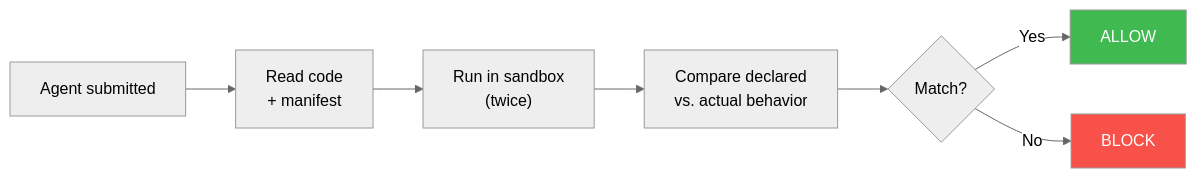
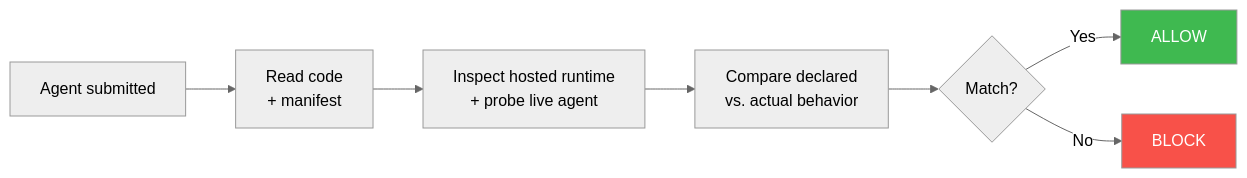
Before and after one commit to Elliot-Sones/AgentGate: the diagram in README.md, drawn with Mermaid (neutral theme). The commit also changed other lines of this file and 95 other files, not shown here.

Commit message:
Replace local Docker sandbox with hosted Railway runtime for agent trust scanning

````diff
--- a/README.md
+++ b/README.md
@@ -71,12 +135,12 @@
 ```mermaid
 flowchart LR
     A["Agent submitted"] --> B["Read code\n+ manifest"]
-    B --> C["Run in sandbox\n(twice)"]
+    B --> C["Inspect hosted runtime\n+ probe live agent"]
     C --> D["Compare declared\nvs. actual behavior"]
     D --> E{"Match?"}
     E -->|"Yes"| F["ALLOW"]
     E -->|"No"| G["BLOCK"]
 
     style F fill:#3fb950,color:#fff
     style G fill:#f85149,color:#fff
 ```
````
